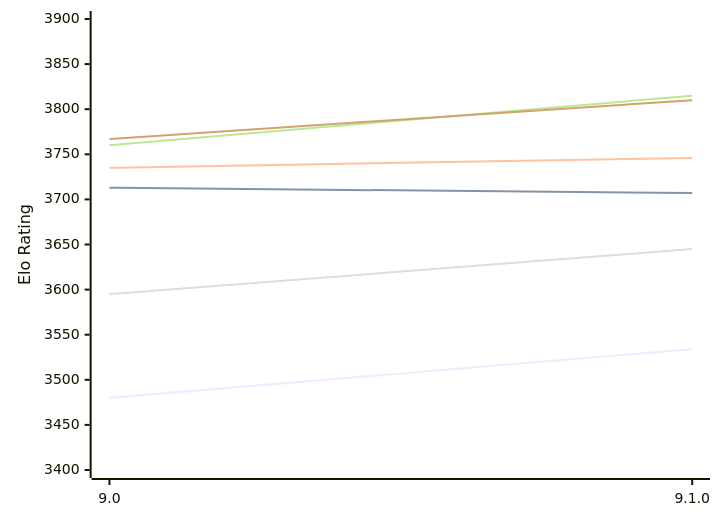
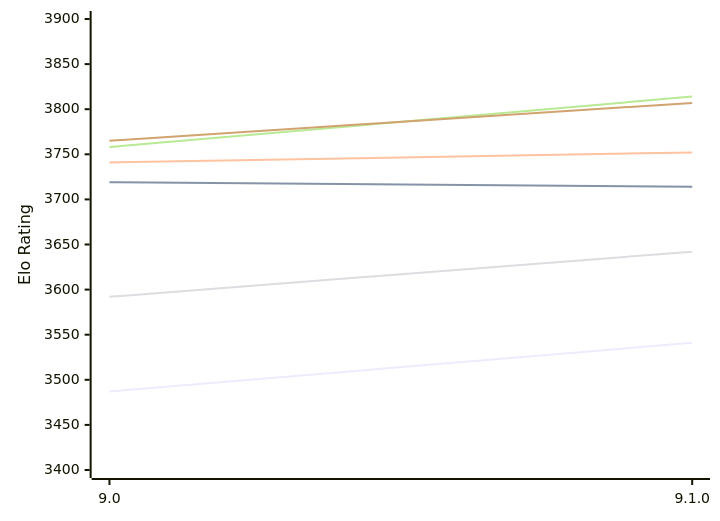
One commit to computer-chess-index/cci changed the first of 2 diagrams in engines/Alexandria.md. Above: the diagram before and after it, drawn with Mermaid. The commit also changed other lines of this file, not shown here.

Commit message:
Update CCI Ratings (ELO VLTC) - 2026-11-10

````diff
--- a/engines/Alexandria.md
+++ b/engines/Alexandria.md
@@ -54,12 +54,12 @@
 ```mermaid
 %%{init: {"theme":"base","themeVariables":{"seriesColors:['#a3a3a3','#222221','#faa371']}}}%%
 xychart-beta
   x-axis ["9.0", "9.1.0"]
   y-axis "Elo Rating" 3400 --> 3900
-  line "E1: STC (8.0+0.08s)" [3480, 3534]
-  line "E1: LTC (60.0+0.60s)" [3713, 3707]
-  line "E1: VLTC (2m24s+1.12s)" [3735, 3746]
-  line "P1: STC (8.0+0.08s)" [3595, 3645]
-  line "P1: LTC (60.0+0.60s)" [3760, 3815]
-  line "P1: VLTC (2m24s+1.12s)" [3767, 3810]
+  line "E1: STC (8.0+0.08s)" [3487, 3541]
+  line "E1: LTC (60.0+0.60s)" [3719, 3714]
+  line "E1: VLTC (2m24s+1.12s)" [3741, 3752]
+  line "P1: STC (8.0+0.08s)" [3592, 3642]
+  line "P1: LTC (60.0+0.60s)" [3758, 3814]
+  line "P1: VLTC (2m24s+1.12s)" [3765, 3807]
 ```
````
